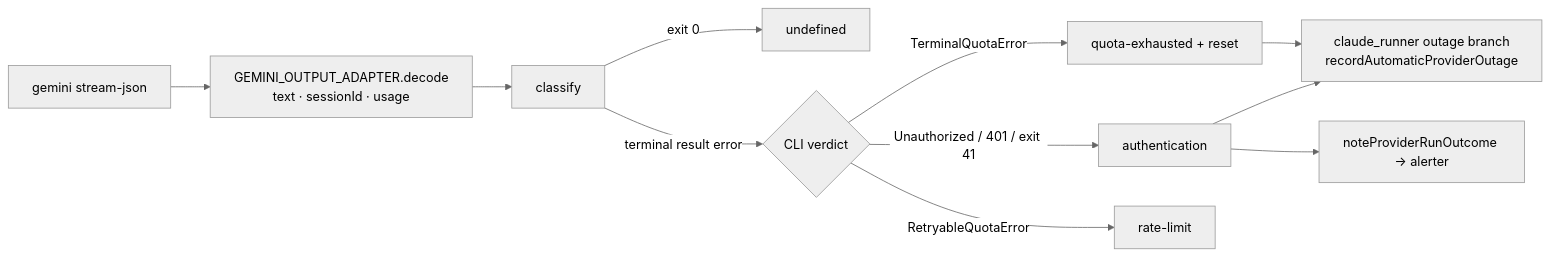
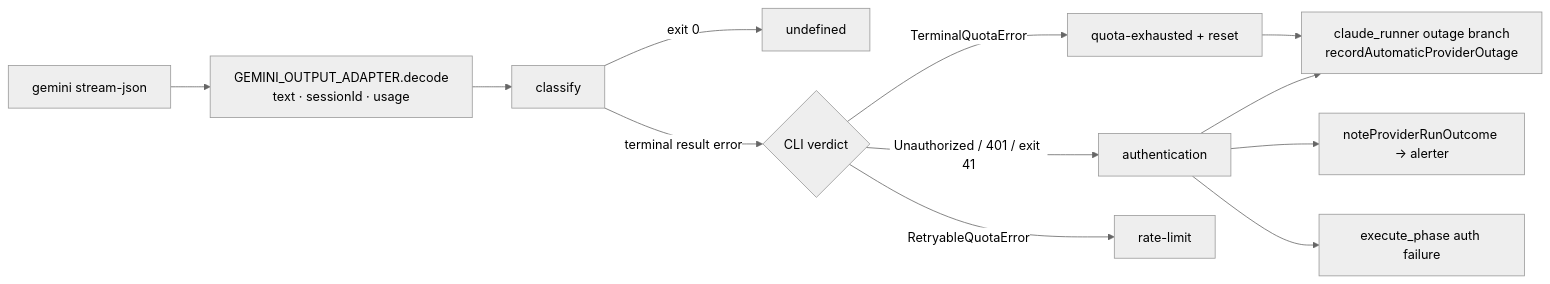
Before and after one commit to stSoftwareAU/VibeCoder: the diagram in docs/archive/pr-summaries/pr-summary-5340.md, drawn with Mermaid (neutral theme). The commit also changed other lines of this file, not shown here.

````diff
--- a/docs/archive/pr-summaries/pr-summary-5340.md
+++ b/docs/archive/pr-summaries/pr-summary-5340.md
@@ -70,13 +87,14 @@
 ```mermaid
 flowchart LR
     S["gemini stream-json"] --> D["GEMINI_OUTPUT_ADAPTER.decode<br/>text · sessionId · usage"]
     D --> C["classify"]
     C -->|exit 0| N["undefined"]
     C -->|terminal result error| V{"CLI verdict"}
     V -->|TerminalQuotaError| Q["quota-exhausted + reset"]
     V -->|Unauthorized / 401 / exit 41| A["authentication"]
     V -->|RetryableQuotaError| R["rate-limit"]
     Q --> O["claude_runner outage branch<br/>recordAutomaticProviderOutage"]
     A --> O
     A --> AL["noteProviderRunOutcome → alerter"]
+    A --> EP["execute_phase auth failure"]
 ```
````
